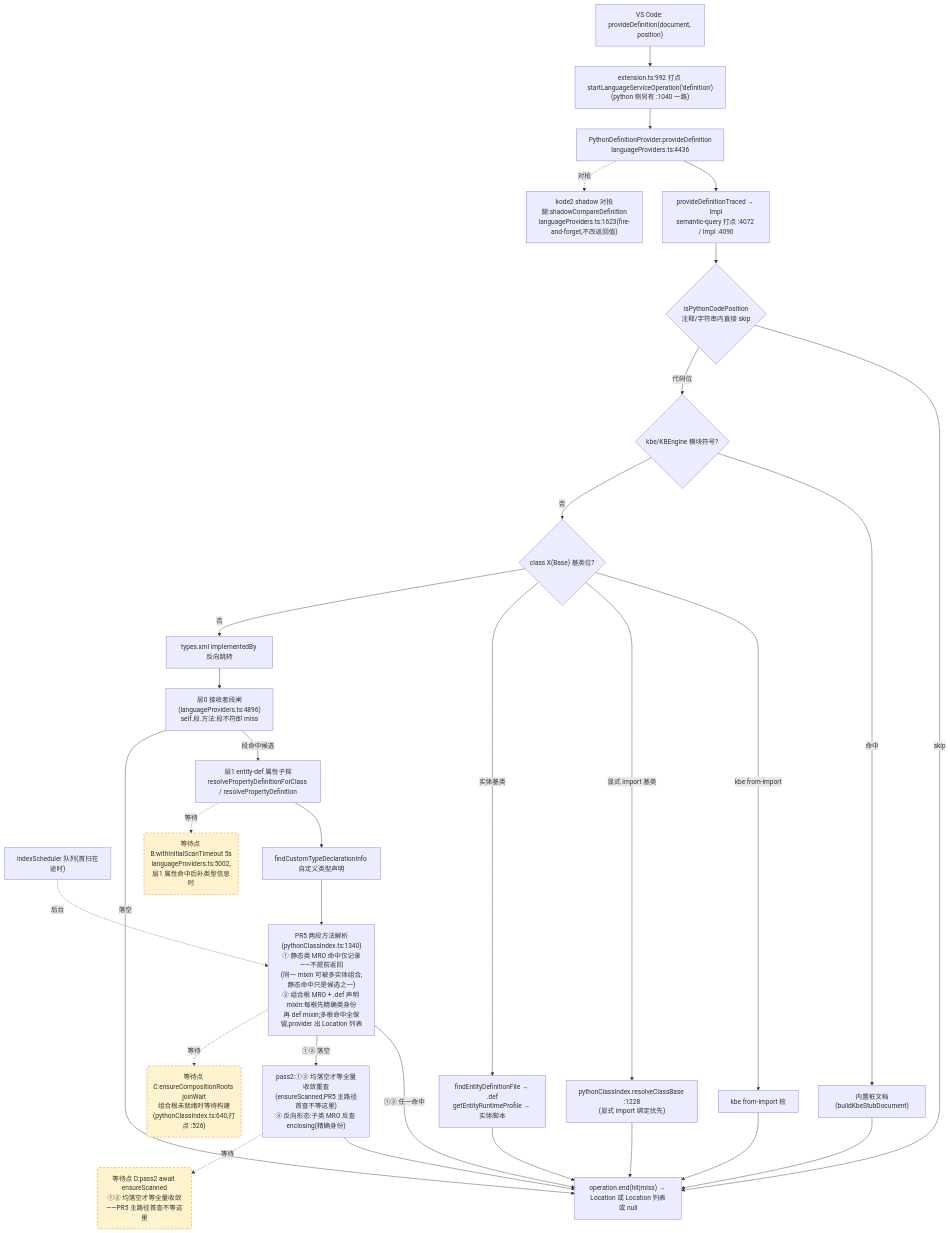
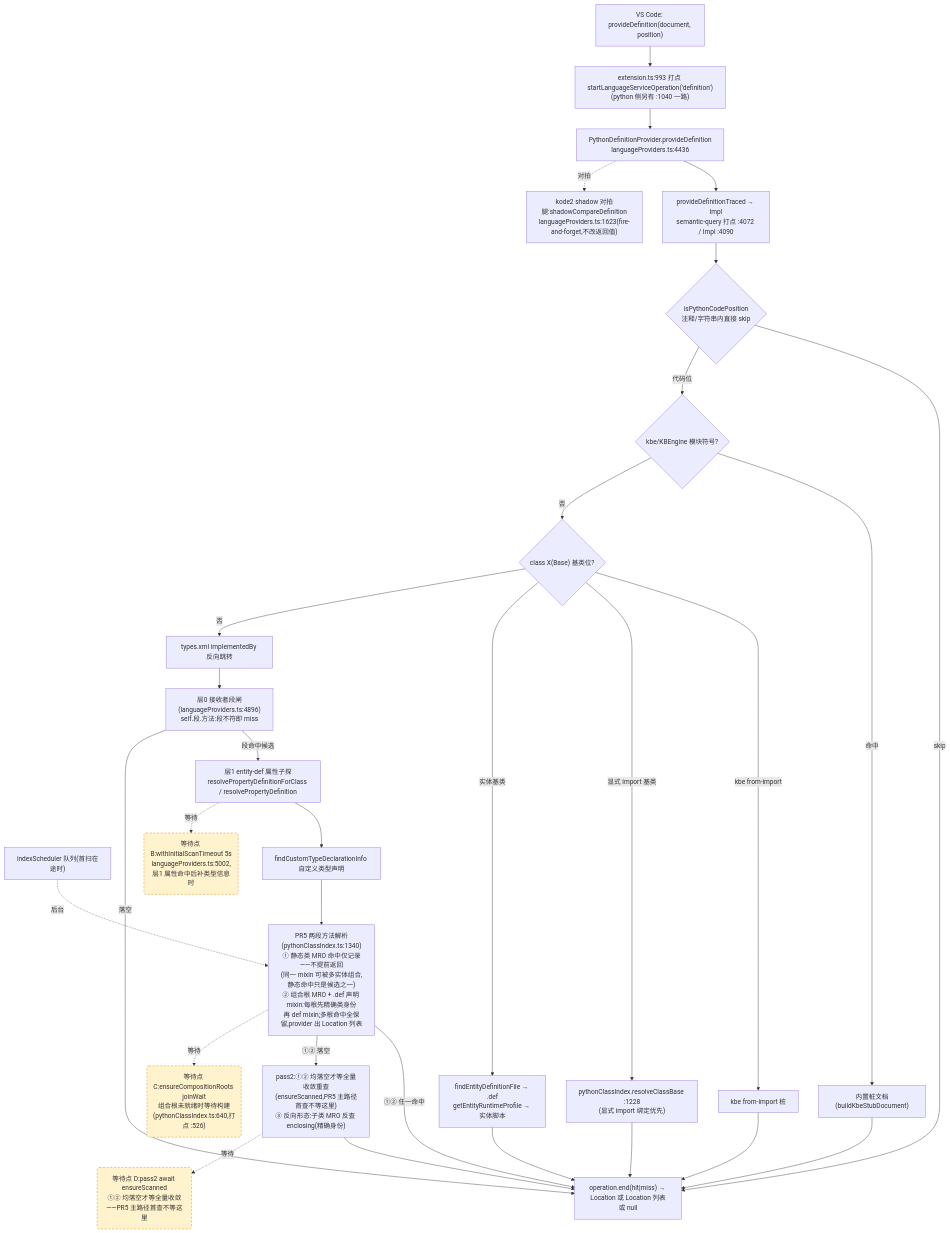
One commit to cuihairu/kode changed the second of 4 diagrams in docs/perf/2026-baseline.md. Above: the diagram before and after it, drawn with Mermaid. The commit also changed other lines of this file and 18 other files, not shown here.

````diff
--- a/docs/perf/2026-baseline.md
+++ b/docs/perf/2026-baseline.md
@@ -130,51 +130,51 @@
 ```mermaid
 flowchart TD
   VC2["VS Code: provideDefinition(document, position)"]
-  M2["extension.ts:992 打点 startLanguageServiceOperation('definition')<br/>(python 侧另有 :1040 一路)"]
+  M2["extension.ts:993 打点 startLanguageServiceOperation('definition')<br/>(python 侧另有 :1040 一路)"]
   AD2["PythonDefinitionProvider.provideDefinition<br/>languageProviders.ts:4436"]
   TR["provideDefinitionTraced → Impl<br/>semantic-query 打点 :4072 / Impl :4090"]
   CTX{"isPythonCodePosition<br/>注释/字符串内直接 skip"}
   KBE{"kbe/KBEngine 模块符号?"}
   STUB["内置桩文档(buildKbeStubDocument)"]
   CB{"class X(Base) 基类位?"}
   CB1["kbe from-import 桩"]
   CB2["pythonClassIndex.resolveClassBase :1228<br/>(显式 import 绑定优先)"]
   CB3["findEntityDefinitionFile → .def<br/>getEntityRuntimeProfile → 实体脚本"]
   REV["types.xml implementedBy 反向跳转"]
   L0["层0 接收者段闸(languageProviders.ts:4896)<br/>self.段.方法:段不符即 miss"]
   L1["层1 entity-def 属性子探<br/>resolvePropertyDefinitionForClass / resolvePropertyDefinition"]
   SCAN["indexScheduler 队列(首扫在途时)"]
   TY["findCustomTypeDeclarationInfo 自定义类型声明"]
   MRO["PR5 两段方法解析(pythonClassIndex.ts:1340)<br/>① 静态类 MRO 命中仅记录——不提前返回<br/>(同一 mixin 可被多实体组合,静态命中只是候选之一)<br/>② 组合根 MRO + .def 声明 mixin:每根先精确类身份<br/>再 def mixin;多根命中全保留,provider 出 Location 列表"]
   PASS2["pass2:①② 均落空才等全量收敛重查<br/>(ensureScanned,PR5 主路径首查不等这里)<br/>③ 反向形态:子类 MRO 反查 enclosing(精确身份)"]
   SHD["kode2 shadow 对拍腿:shadowCompareDefinition<br/>languageProviders.ts:1623(fire-and-forget,不改返回值)"]
   END2["operation.end(hit|miss) → Location 或 Location 列表或 null"]
 
   VC2 --> M2 --> AD2 --> TR --> CTX
   CTX -- "skip" --> END2
   CTX -- "代码位" --> KBE
   KBE -- "命中" --> STUB --> END2
   KBE -- "否" --> CB
   CB -- "kbe from-import" --> CB1 --> END2
   CB -- "显式 import 基类" --> CB2 --> END2
   CB -- "实体基类" --> CB3 --> END2
   CB -- "否" --> REV --> L0
   L0 -- "段命中候选" --> L1
   L0 -- "落空" --> END2
   L1 --> TY
   TY --> MRO
   MRO -- "①② 任一命中" --> END2
   MRO -- "①② 落空" --> PASS2 --> END2
   AD2 -.->|对拍| SHD
 
   WAITB("等待点 B:withInitialScanTimeout 5s<br/>languageProviders.ts:5002,层1 属性命中后补类型信息时")
   WAITC("等待点 C:ensureCompositionRoots joinWait<br/>组合根未就绪时等待构建(pythonClassIndex.ts:640,打点 :526)")
   WAITD("等待点 D:pass2 await ensureScanned<br/>①② 均落空才等全量收敛——PR5 主路径首查不等这里")
   L1 -.->|等待| WAITB
   MRO -.->|等待| WAITC
   PASS2 -.->|等待| WAITD
   SCAN -.->|后台| MRO
 
   classDef waitPoint fill:#fff3cd,stroke:#d97706,stroke-dasharray:5 4;
   class WAITB,WAITC,WAITD waitPoint;
 ```
````
